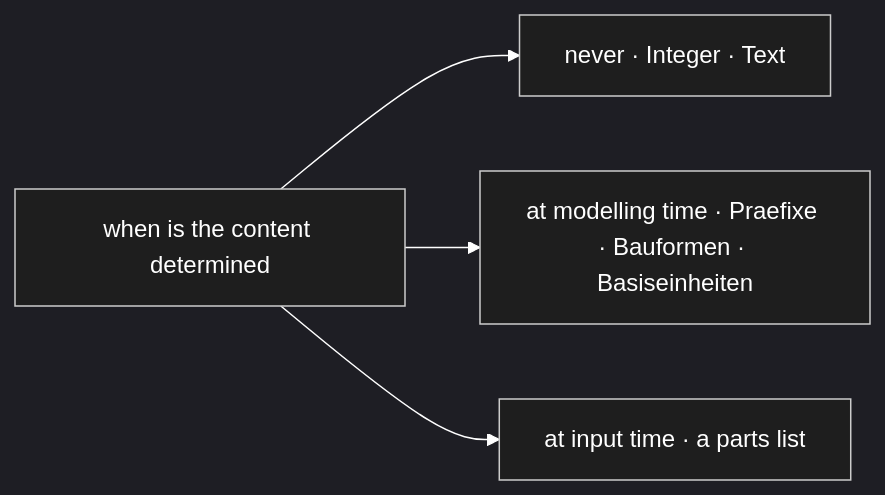
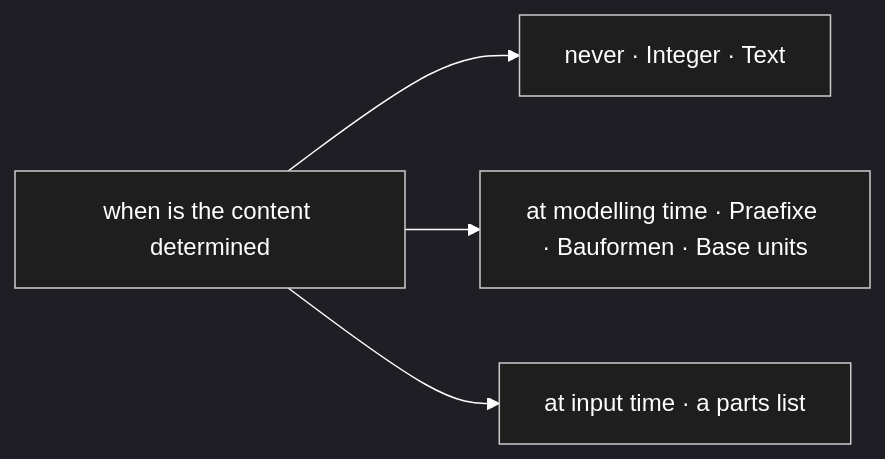
Diagram 20 of 50 in docs/NewConcept/10-domain-core.md (sfambach/wp-taxonomy-modeler), drawn with Mermaid before and after one commit. The commit also changed other lines of this file and 7 other files, not shown here.

````diff
--- a/docs/NewConcept/10-domain-core.md
+++ b/docs/NewConcept/10-domain-core.md
@@ -1548,17 +1548,17 @@
 ```mermaid
 ---
 config:
   theme: dark
   themeVariables:
     mainBkg: "#1e1e1e"
     background: "#1e1e1e"
     primaryColor: "#1e1e1e"
     classText: "#ffffff"
     textColor: "#ffffff"
     lineColor: "#ffffff"
 ---
 flowchart LR
     Q["when is the content determined"] --> N["never · Integer · Text"]
-    Q --> M["at modelling time · Praefixe · Bauformen · Basiseinheiten"]
+    Q --> M["at modelling time · Praefixe · Bauformen · Base units"]
     Q --> I["at input time · a parts list"]
 ```
````
